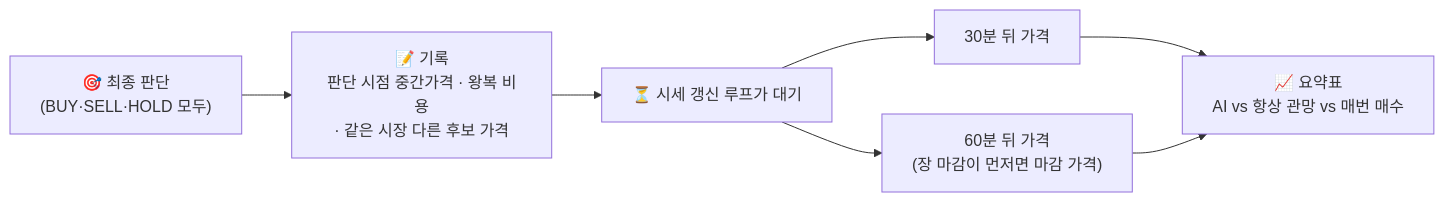
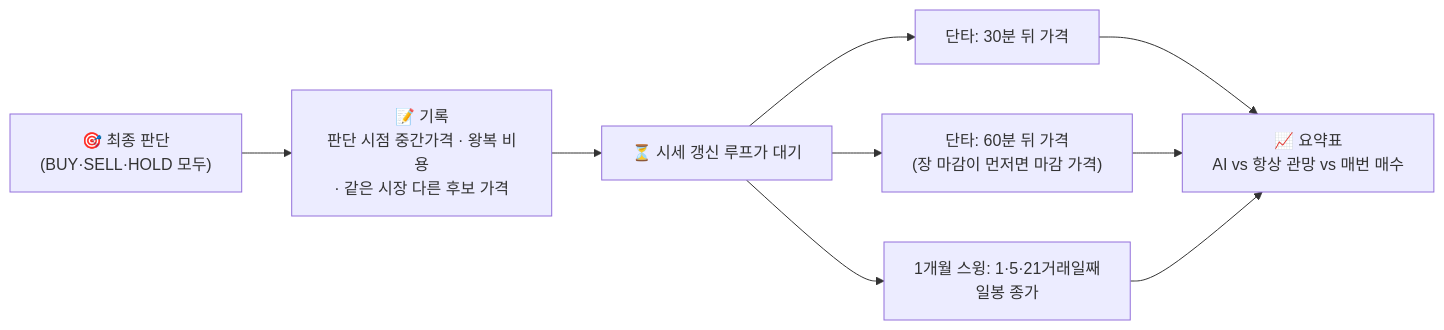
One commit to eshir0/stock-lab changed the fourth of 10 diagrams in README.md. Above: the diagram before and after it, drawn with Mermaid. The commit also changed other lines of this file and 12 other files, not shown here.

````diff
--- a/README.md
+++ b/README.md
@@ -292,8 +323,9 @@
 ```mermaid
 flowchart LR
     D["🎯 최종 판단<br/>(BUY·SELL·HOLD 모두)"] --> R["📝 기록<br/>판단 시점 중간가격 · 왕복 비용<br/>· 같은 시장 다른 후보 가격"]
     R --> W["⏳ 시세 갱신 루프가 대기"]
-    W --> S30["30분 뒤 가격"]
-    W --> S60["60분 뒤 가격<br/>(장 마감이 먼저면 마감 가격)"]
-    S30 & S60 --> SUM["📈 요약표<br/>AI vs 항상 관망 vs 매번 매수"]
+    W --> S30["단타: 30분 뒤 가격"]
+    W --> S60["단타: 60분 뒤 가격<br/>(장 마감이 먼저면 마감 가격)"]
+    W --> SD["1개월 스윙: 1·5·21거래일째<br/>일봉 종가"]
+    S30 & S60 & SD --> SUM["📈 요약표<br/>AI vs 항상 관망 vs 매번 매수"]
 ```
````
